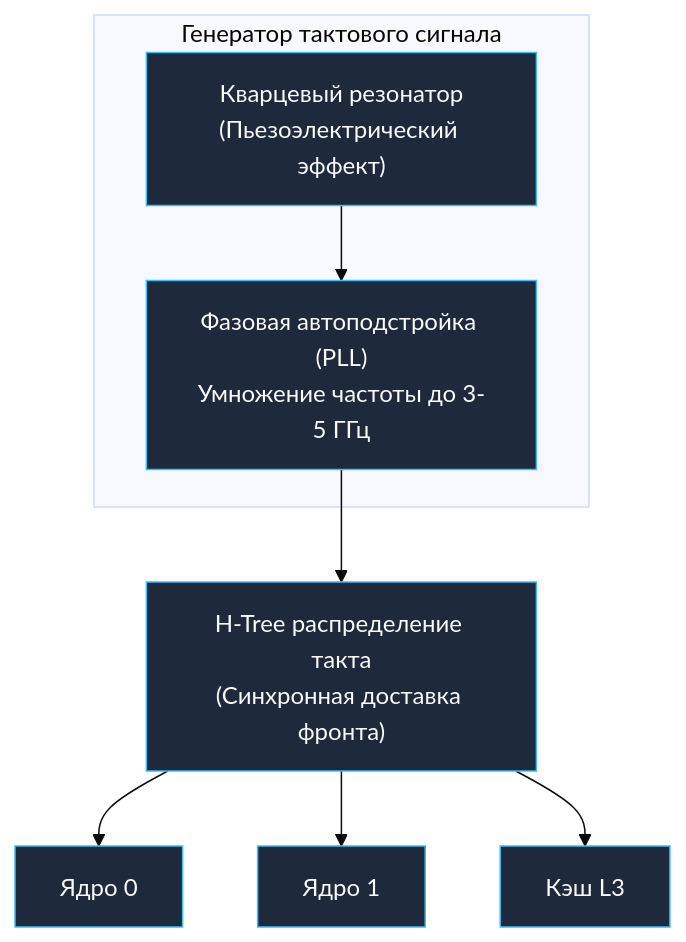
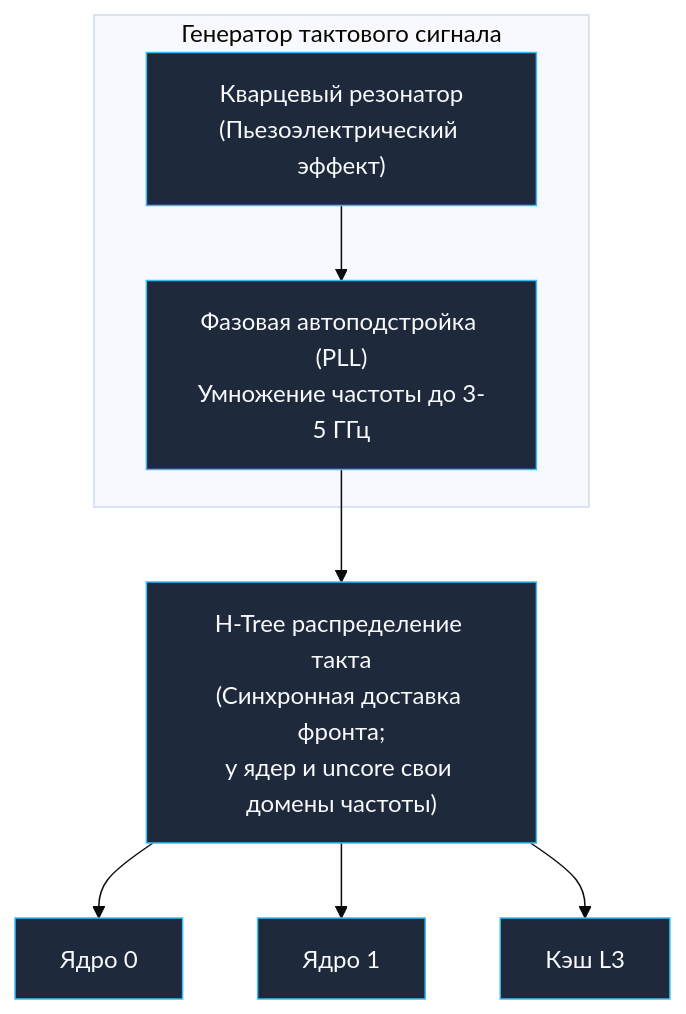
One commit to UnrealTemplier/go-textbook-ru changed the third of 5 diagrams in sources/1. Архитектура компьютера/4. Последовательностная логика. Учим кремний помнить.md. Above: the diagram before and after it, drawn with Mermaid (base theme). The commit also changed other lines of this file and 40 other files, not shown here.

````diff
--- a/sources/1. Архитектура компьютера/4. Последовательностная логика. Учим кремний помнить.md
+++ b/sources/1. Архитектура компьютера/4. Последовательностная логика. Учим кремний помнить.md
@@ -116,14 +116,14 @@
 ```mermaid
 flowchart TD
     subgraph ClockGen ["Генератор тактового сигнала"]
         Crystal["Кварцевый резонатор<br>(Пьезоэлектрический эффект)"] --> PLL["Фазовая автоподстройка (PLL)<br>Умножение частоты до 3-5 ГГц"]
     end
     
-    PLL --> ClockTree["H-Tree распределение такта<br>(Синхронная доставка фронта)"]
+    PLL --> ClockTree["H-Tree распределение такта<br>(Синхронная доставка фронта;<br>у ядер и uncore свои домены частоты)"]
     ClockTree --> Core0["Ядро 0"]
     ClockTree --> Core1["Ядро 1"]
     ClockTree --> Cache["Кэш L3"]
 
     classDef clk fill:#1e293b,stroke:#38bdf8,stroke-width:1px,color:#f8fafc;
     class Crystal,PLL,ClockTree,Core0,Core1,Cache clk;
 ```
````
